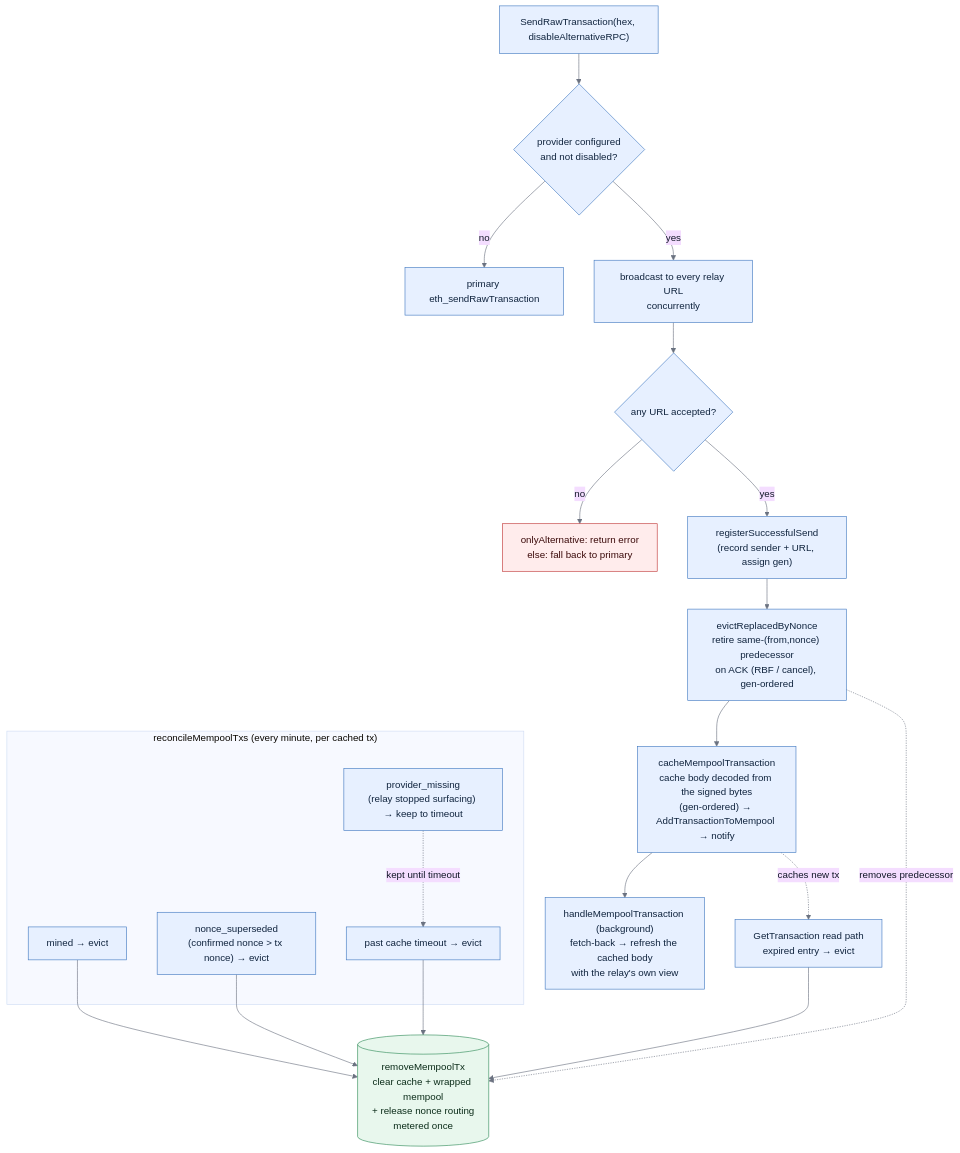
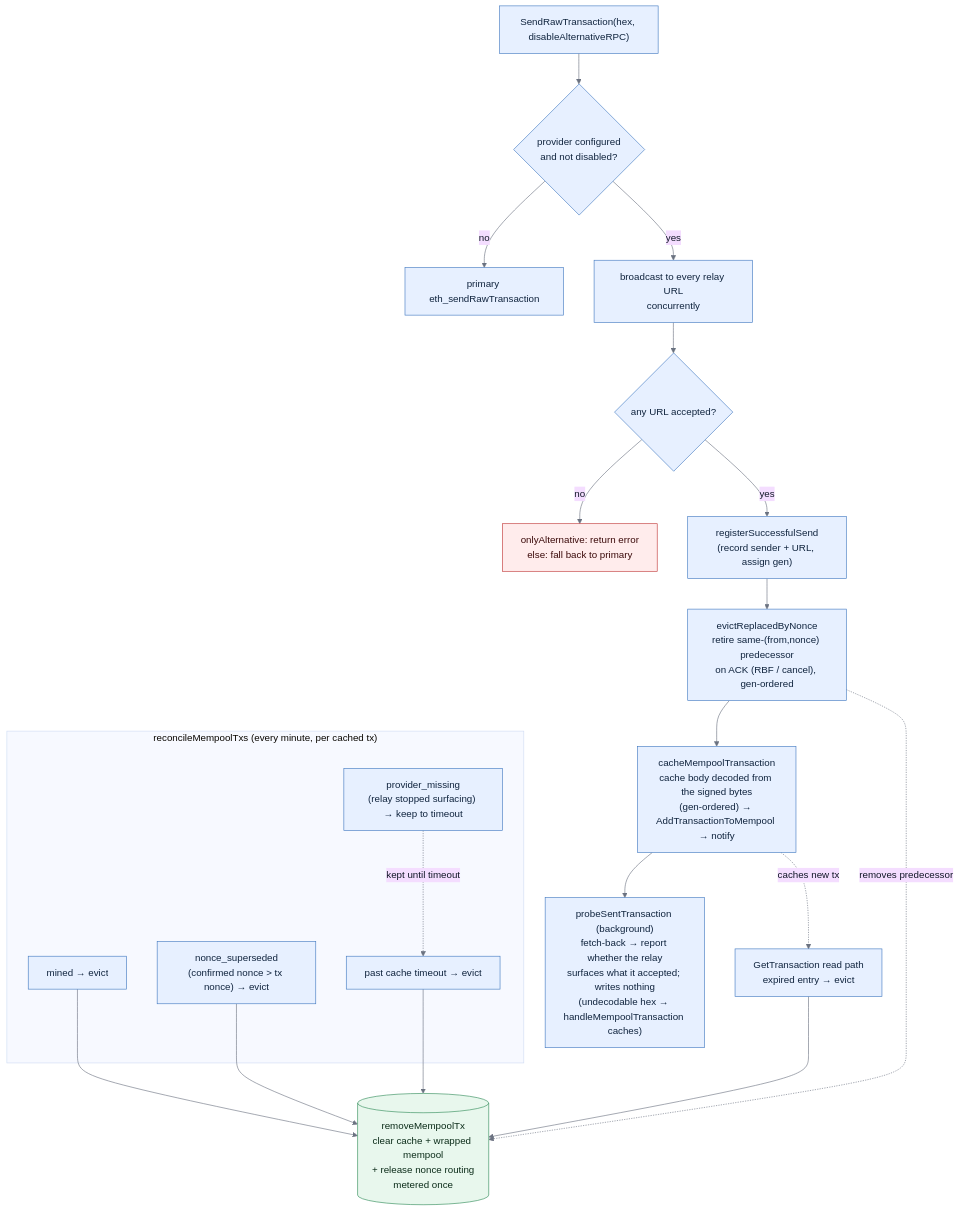
Before and after one commit to trezor/blockbook: the diagram in docs/evm-send.md, drawn with Mermaid. The commit also changed other lines of this file and 2 other files, not shown here.

First line of the commit message:
docs(eth): correct what the send docs and the metric help now describe

````diff
--- a/docs/evm-send.md
+++ b/docs/evm-send.md
@@ -20,44 +20,44 @@
 ```mermaid
 %%{init: {"theme": "base", "themeVariables": {"lineColor": "#6b7280", "primaryTextColor": "#111827"}}}%%
 flowchart TD
     send["SendRawTransaction(hex, disableAlternativeRPC)"]
     route{"provider configured<br/>and not disabled?"}
     primary["primary eth_sendRawTransaction"]
     relay["broadcast to every relay URL<br/>concurrently"]
     acc{"any URL accepted?"}
     reject["onlyAlternative: return error<br/>else: fall back to primary"]
     reg["registerSuccessfulSend<br/>(record sender + URL, assign gen)"]
     evict["evictReplacedByNonce<br/>retire same-(from,nonce) predecessor<br/>on ACK (RBF / cancel), gen-ordered"]
     cache["cacheMempoolTransaction<br/>cache body decoded from the signed bytes<br/>(gen-ordered) → AddTransactionToMempool → notify"]
-    handle["handleMempoolTransaction (background)<br/>fetch-back → refresh the cached body<br/>with the relay's own view"]
+    handle["probeSentTransaction (background)<br/>fetch-back → report whether the relay<br/>surfaces what it accepted; writes nothing<br/>(undecodable hex → handleMempoolTransaction caches)"]
 
     subgraph rec ["reconcileMempoolTxs (every minute, per cached tx)"]
         mined["mined → evict"]
         super["nonce_superseded<br/>(confirmed nonce > tx nonce) → evict"]
         miss["provider_missing<br/>(relay stopped surfacing) → keep to timeout"]
         to["past cache timeout → evict"]
     end
 
     readpath["GetTransaction read path<br/>expired entry → evict"]
     remove[("removeMempoolTx<br/>clear cache + wrapped mempool<br/>+ release nonce routing<br/>metered once")]
 
     send --> route
     route -- "no" --> primary
     route -- "yes" --> relay --> acc
     acc -- "no" --> reject
     acc -- "yes" --> reg --> evict --> cache --> handle
     evict -. removes predecessor .-> remove
     cache -. caches new tx .-> readpath
     mined --> remove
     super --> remove
     miss -. "kept until timeout" .-> to
     to --> remove
     readpath --> remove
 
     classDef normal fill:#e7f0ff,stroke:#4078c0,color:#10243e;
     classDef store fill:#e8f7ed,stroke:#2e8b57,color:#0b2c19;
     classDef error fill:#ffecec,stroke:#c03535,color:#3b0a0a;
     class send,route,relay,acc,reg,evict,cache,handle,mined,super,miss,to,readpath,primary normal;
     class remove store;
     class reject error;
 ```
````
